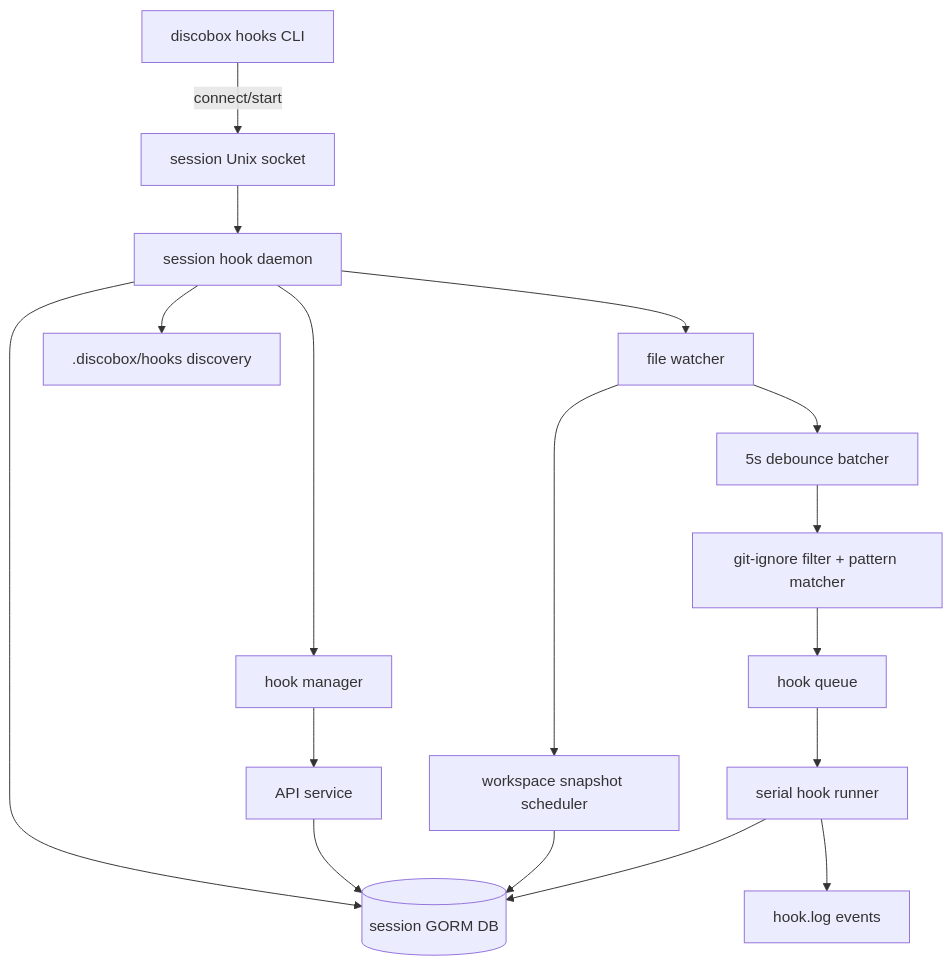
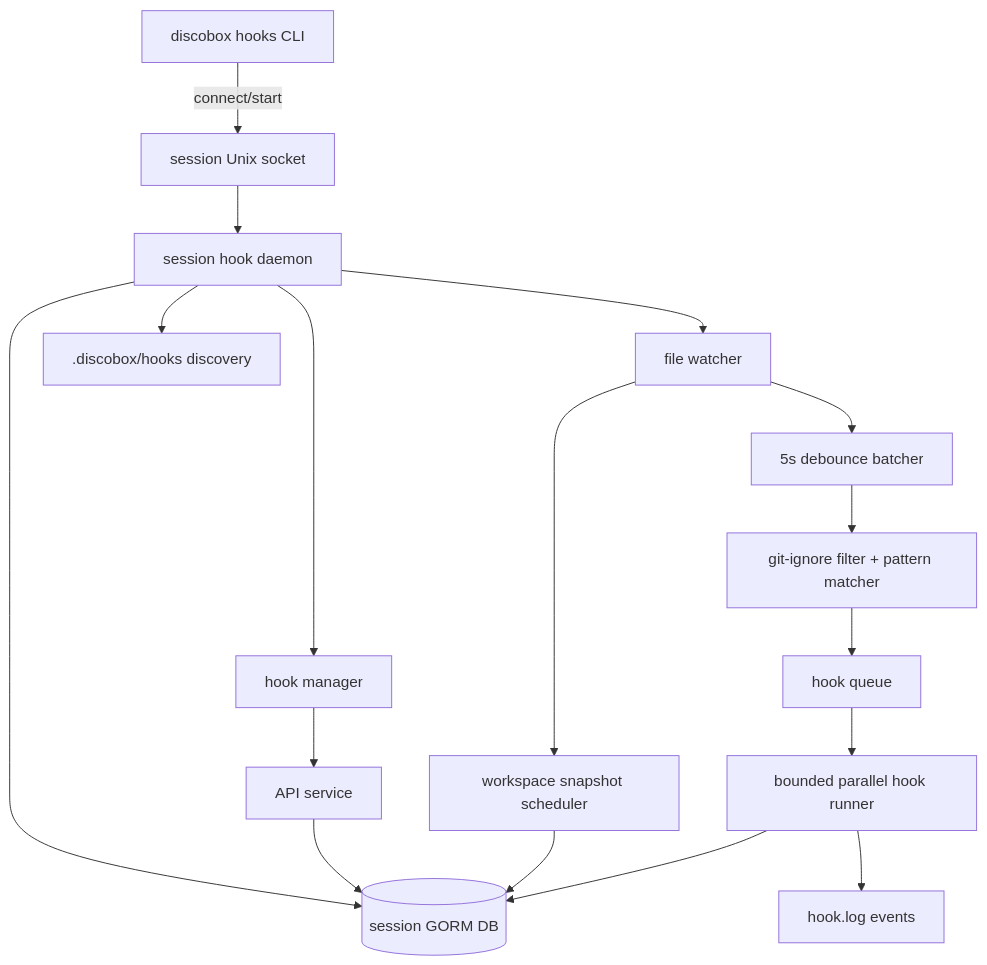
The diagram in hooks/DESIGN.md (discobox-ai/discobox), drawn with Mermaid before and after one commit. The commit also changed other lines of this file and 8 other files, not shown here.

````diff
--- a/hooks/DESIGN.md
+++ b/hooks/DESIGN.md
@@ -20,19 +20,19 @@
 ```mermaid
 flowchart TD
     cli["discobox hooks CLI"] -->|"connect/start"| socket["session Unix socket"]
     socket --> daemon["session hook daemon"]
     daemon --> manager["hook manager"]
     daemon --> db[("session GORM DB")]
     daemon --> watcher["file watcher"]
     daemon --> discovery[".discobox/hooks discovery"]
     manager --> service["API service"]
     service --> db
     watcher --> batcher["5s debounce batcher"]
     watcher --> snapshotter["workspace snapshot scheduler"]
     batcher --> matcher["git-ignore filter + pattern matcher"]
     matcher --> queue["hook queue"]
-    queue --> runner["serial hook runner"]
+    queue --> runner["bounded parallel hook runner"]
     snapshotter --> db
     runner --> db
     runner --> events["hook.log events"]
 ```
````
